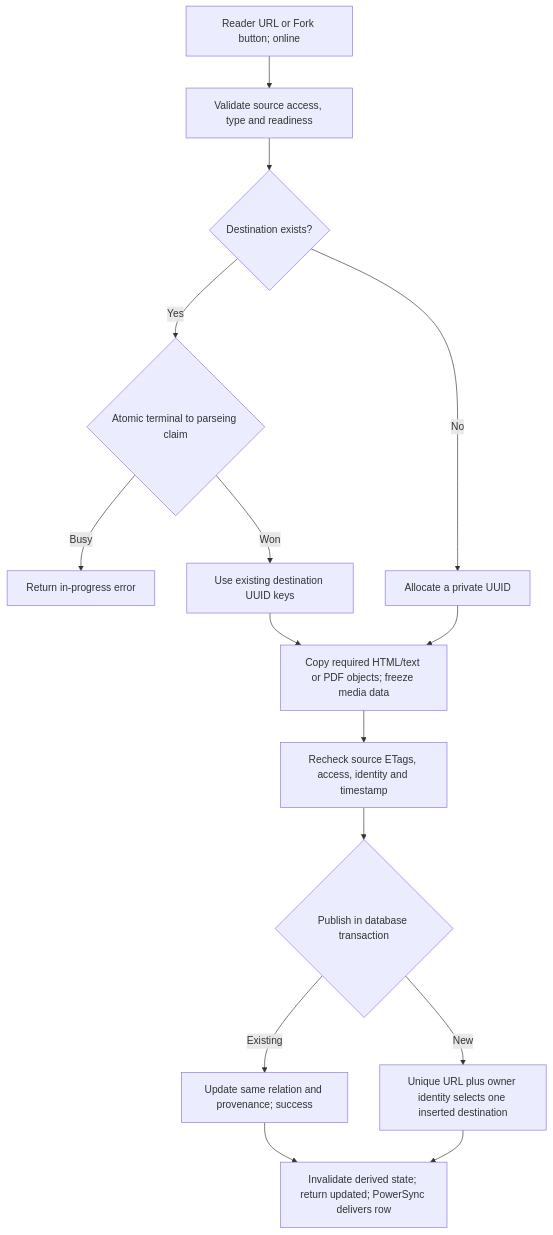
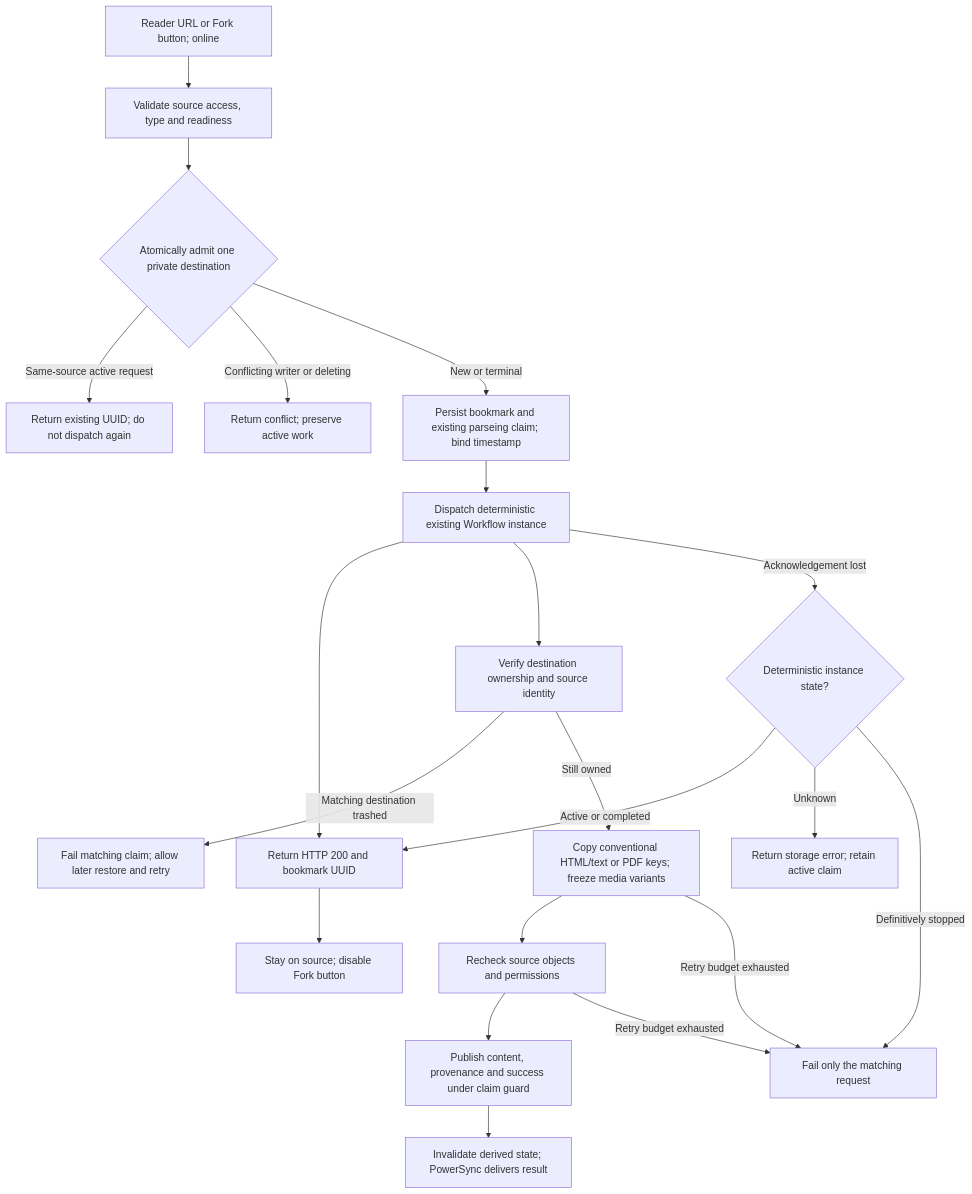
The second of 3 diagrams in docs/api/bookmark-fork-fixed-paths.md (slax-lab/slax-reader), drawn with Mermaid before and after one commit. The commit also changed other lines of this file and 26 other files, not shown here.

````diff
--- a/docs/api/bookmark-fork-fixed-paths.md
+++ b/docs/api/bookmark-fork-fixed-paths.md
@@ -54,17 +72,23 @@
 ```mermaid
 flowchart TD
     A[Reader URL or Fork button; online] --> B[Validate source access, type and readiness]
-    B --> C{Destination exists?}
-    C -- Yes --> D{Atomic terminal to parseing claim}
-    D -- Busy --> E[Return in-progress error]
-    D -- Won --> F[Use existing destination UUID keys]
-    C -- No --> G[Allocate a private UUID]
-    F --> H[Copy required HTML/text or PDF objects; freeze media data]
-    G --> H
-    H --> I[Recheck source ETags, access, identity and timestamp]
-    I --> J{Publish in database transaction}
-    J -- Existing --> K[Update same relation and provenance; success]
-    J -- New --> L[Unique URL plus owner identity selects one inserted destination]
-    K --> M[Invalidate derived state; return updated; PowerSync delivers row]
-    L --> M
+    B --> C{Atomically admit one private destination}
+    C -- Same-source active request --> S[Return existing UUID; do not dispatch again]
+    C -- Conflicting writer or deleting --> D[Return conflict; preserve active work]
+    C -- New or terminal --> E[Persist bookmark and existing parseing claim; bind timestamp]
+    E --> H[Dispatch deterministic existing Workflow instance]
+    H --> F[Return HTTP 200 and bookmark UUID]
+    F --> G[Stay on source; disable Fork button]
+    H --> I[Verify destination ownership and source identity]
+    I -- Matching destination trashed --> Q[Fail matching claim; allow later restore and retry]
+    I -- Still owned --> J[Copy conventional HTML/text or PDF keys; freeze media variants]
+    J --> K[Recheck source objects and permissions]
+    K --> L[Publish content, provenance and success under claim guard]
+    L --> M[Invalidate derived state; PowerSync delivers result]
+    H -- Acknowledgement lost --> O{Deterministic instance state?}
+    O -- Active or completed --> F
+    O -- Unknown --> P[Return storage error; retain active claim]
+    O -- Definitively stopped --> N[Fail only the matching request]
+    J -- Retry budget exhausted --> N
+    K -- Retry budget exhausted --> N
 ```
````
